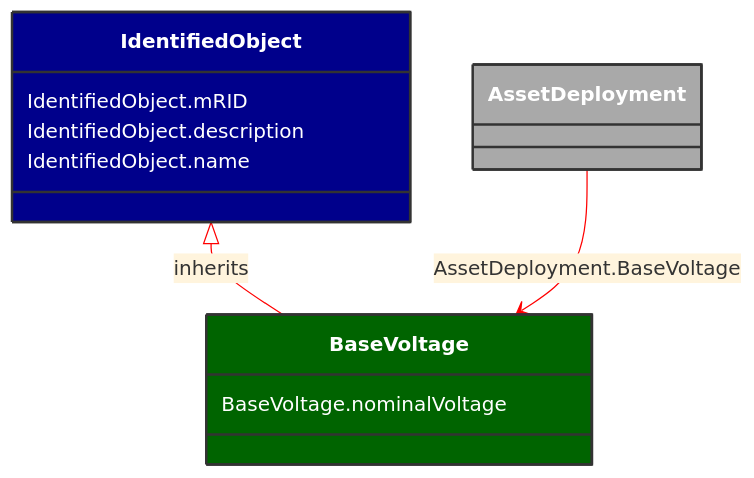
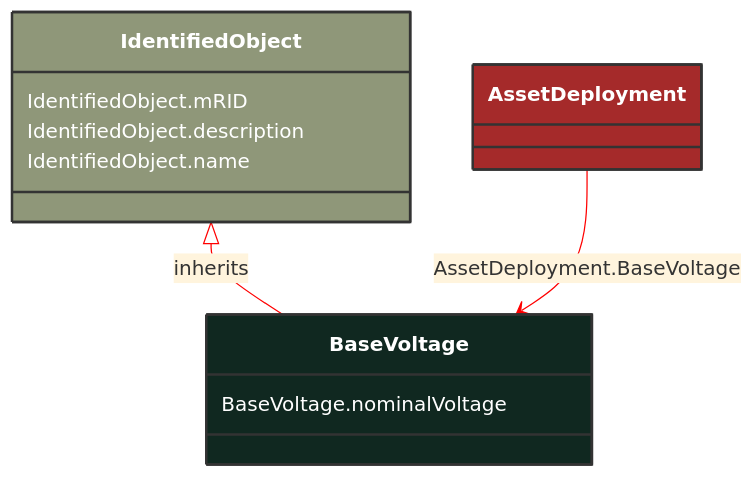
Before and after one commit to 3lbits/NoCIMExtensions: the diagram in docs/Models/Profiles/AviationObstacle/ConcreteClasses/BaseVoltage.md, drawn with Mermaid. The commit also changed 190 other files, not shown here.

````diff
--- a/docs/Models/Profiles/AviationObstacle/ConcreteClasses/BaseVoltage.md
+++ b/docs/Models/Profiles/AviationObstacle/ConcreteClasses/BaseVoltage.md
@@ -8,28 +8,24 @@
 ```mermaid
 %%{init: {'theme':'base','themeVariables': {'lineColor': '#FF0000'}}}%%
 classDiagram
     class BaseVoltage
     click BaseVoltage href "/Models/Profiles/AviationObstacle/ConcreteClasses/BaseVoltage/"
-    style BaseVoltage fill:#006400,stroke:#333,stroke-width:2px,rx:10,ry:10,color:white
-
+    style BaseVoltage fill:#102820,stroke:#333,stroke-width:2px,rx:10,ry:10,color:white
+     
         IdentifiedObject <|-- BaseVoltage : inherits
             click IdentifiedObject href "/Models/Profiles/AviationObstacle/AbstractClasses/IdentifiedObject/"
-            style IdentifiedObject fill:#00008B,stroke:#333,stroke-width:2px,rx:10,ry:10,color:white
-
-        BaseVoltage
-            click BaseVoltage href "/Models/Profiles/AviationObstacle/ConcreteClasses/BaseVoltage/"
-            style IdentifiedObject fill:#00008B,stroke:#333,stroke-width:2px,rx:10,ry:10,color:white
+            style IdentifiedObject fill:#8F9779,stroke:#333,stroke-width:2px,rx:10,ry:10,color:white
 
 
         AssetDeployment --> BaseVoltage : AssetDeployment.BaseVoltage
 
         AssetDeployment
             click AssetDeployment href "/Models/Profiles/AviationObstacle/ConcreteClasses/AssetDeployment/"
-            style AssetDeployment fill:#A9A9A9,stroke:#333,stroke-width:2px,rx:10,ry:10,color:white
+            style AssetDeployment fill:#A52A2A,stroke:#333,stroke-width:2px,rx:10,ry:10,color:white
 
 
         BaseVoltage : BaseVoltage.nominalVoltage
         IdentifiedObject : IdentifiedObject.mRID
         IdentifiedObject : IdentifiedObject.description
         IdentifiedObject : IdentifiedObject.name
 ```
````
